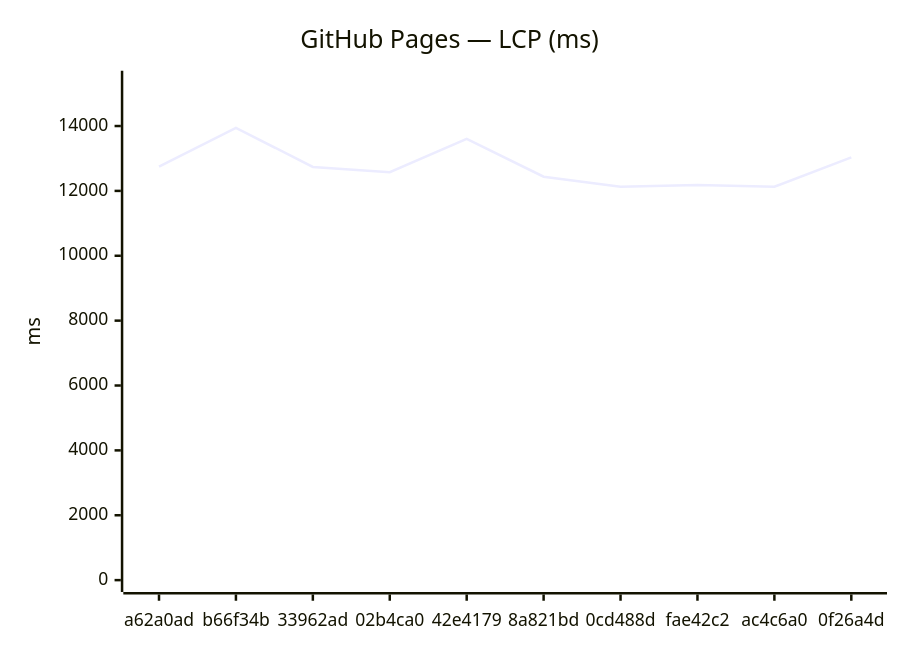
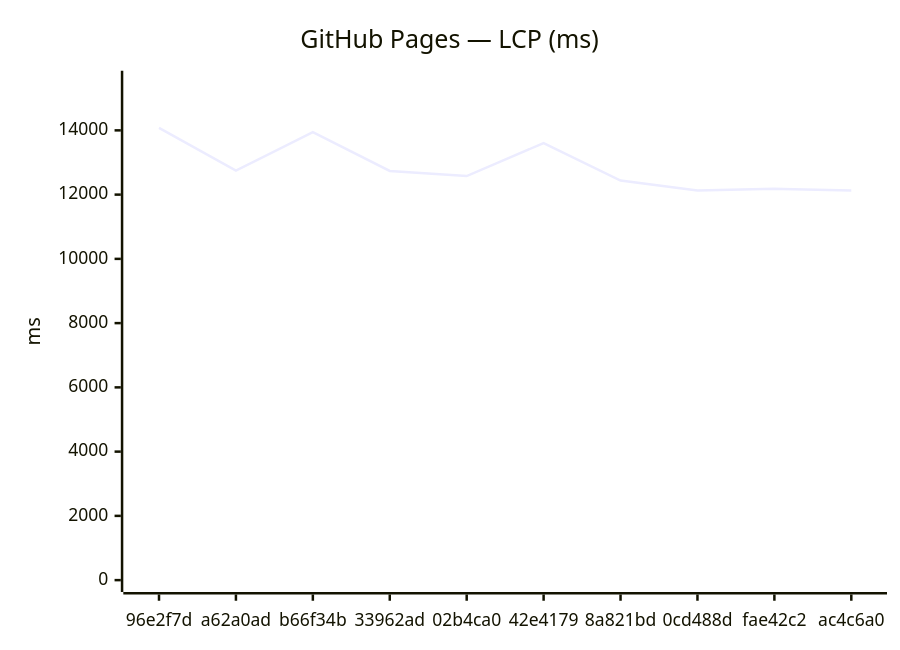
Before and after one commit to Metaheurist/Rianell: the third of 18 diagrams in benchmarks/compare.md, drawn with Mermaid. The commit also changed other lines of this file and 11 other files, not shown here.

````diff
--- a/benchmarks/compare.md
+++ b/benchmarks/compare.md
@@ -54,7 +54,7 @@
 ```mermaid
 xychart-beta
     title "GitHub Pages — LCP (ms)"
-    x-axis ["a62a0ad", "b66f34b", "33962ad", "02b4ca0", "42e4179", "8a821bd", "0cd488d", "fae42c2", "ac4c6a0", "0f26a4d"]
-    y-axis "ms" 0 --> 15338
-    line [12749, 13943, 12738, 12578, 13605, 12438, 12126, 12180, 12127, 13036]
+    x-axis ["96e2f7d", "a62a0ad", "b66f34b", "33962ad", "02b4ca0", "42e4179", "8a821bd", "0cd488d", "fae42c2", "ac4c6a0"]
+    y-axis "ms" 0 --> 15486
+    line [14078, 12749, 13943, 12738, 12578, 13605, 12438, 12126, 12180, 12127]
 ```
````
